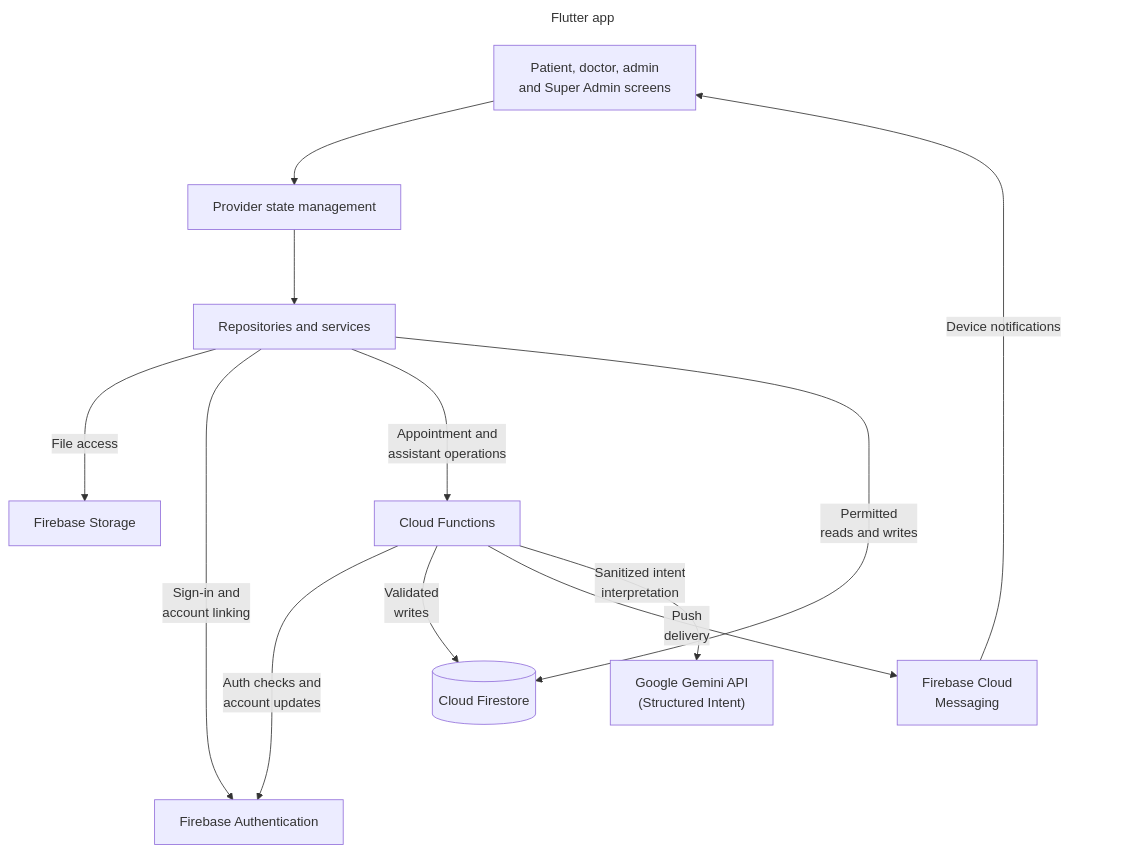
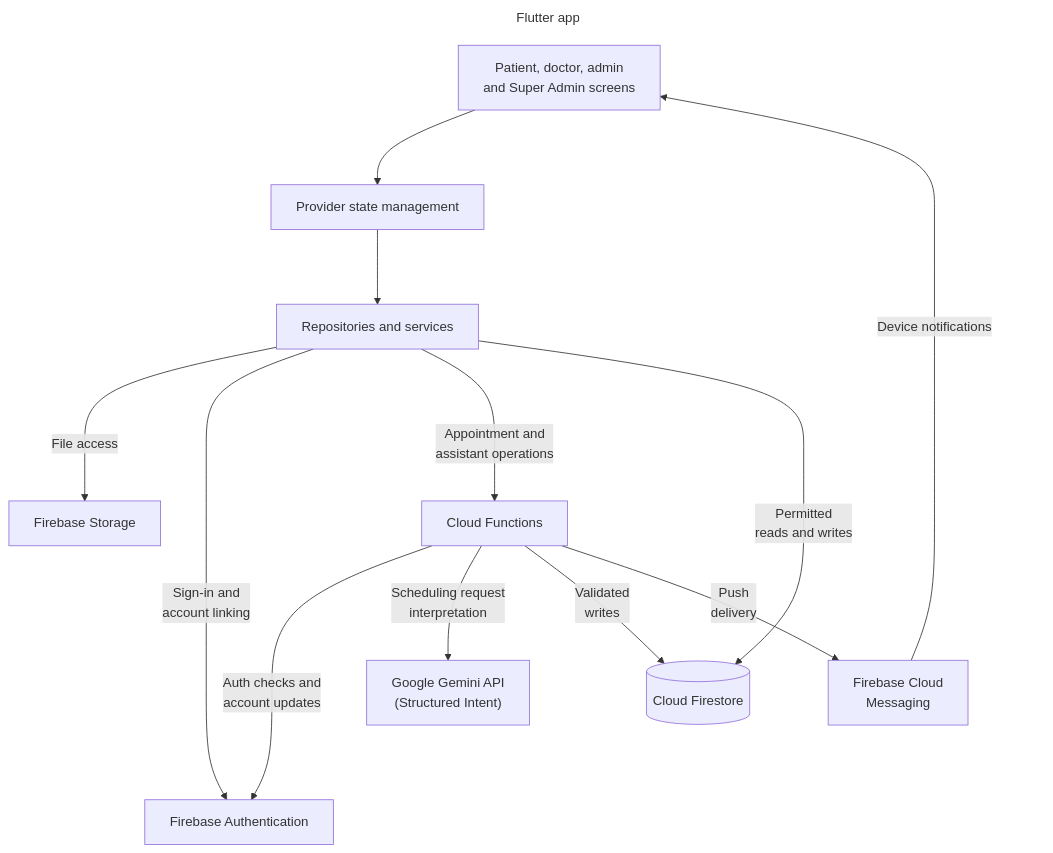
Before and after one commit to ELYASDARK/UHC: the diagram in README.md, drawn with Mermaid. The commit also changed other lines of this file and 14 other files, not shown here.

````diff
--- a/README.md
+++ b/README.md
@@ -159,28 +159,28 @@
 ```mermaid
 %%{init: {"flowchart": {"curve": "basis", "nodeSpacing": 90, "rankSpacing": 90, "diagramPadding": 24}, "themeVariables": {"clusterBkg": "transparent", "clusterBorder": "transparent"}}}%%
 flowchart TB
     subgraph client[Flutter app]
         screens["Patient, doctor, admin<br/>and Super Admin screens"]
         state[Provider state management]
         data[Repositories and services]
         screens --> state --> data
     end
 
     storage[Firebase Storage]
     auth[Firebase Authentication]
     functions[Cloud Functions]
+    gemini["Google Gemini API<br/>(Structured Intent)"]
     firestore[(Cloud Firestore)]
     push["Firebase Cloud<br/>Messaging"]
-    gemini["Google Gemini API<br/>(Structured Intent)"]
 
     data -->|File access| storage
     data -->|"Sign-in and<br/>account linking"| auth
     data -->|"Appointment and<br/>assistant operations"| functions
     data -->|"Permitted<br/>reads and writes"| firestore
     functions --->|"Auth checks and<br/>account updates"| auth
+    functions -->|"Scheduling request<br/>interpretation"| gemini
     functions -->|"Validated<br/>writes"| firestore
     functions -->|"Push<br/>delivery"| push
-    functions -->|"Sanitized intent<br/>interpretation"| gemini
     push -->|Device notifications| screens
     style client fill:transparent,stroke:transparent
 ```
````
